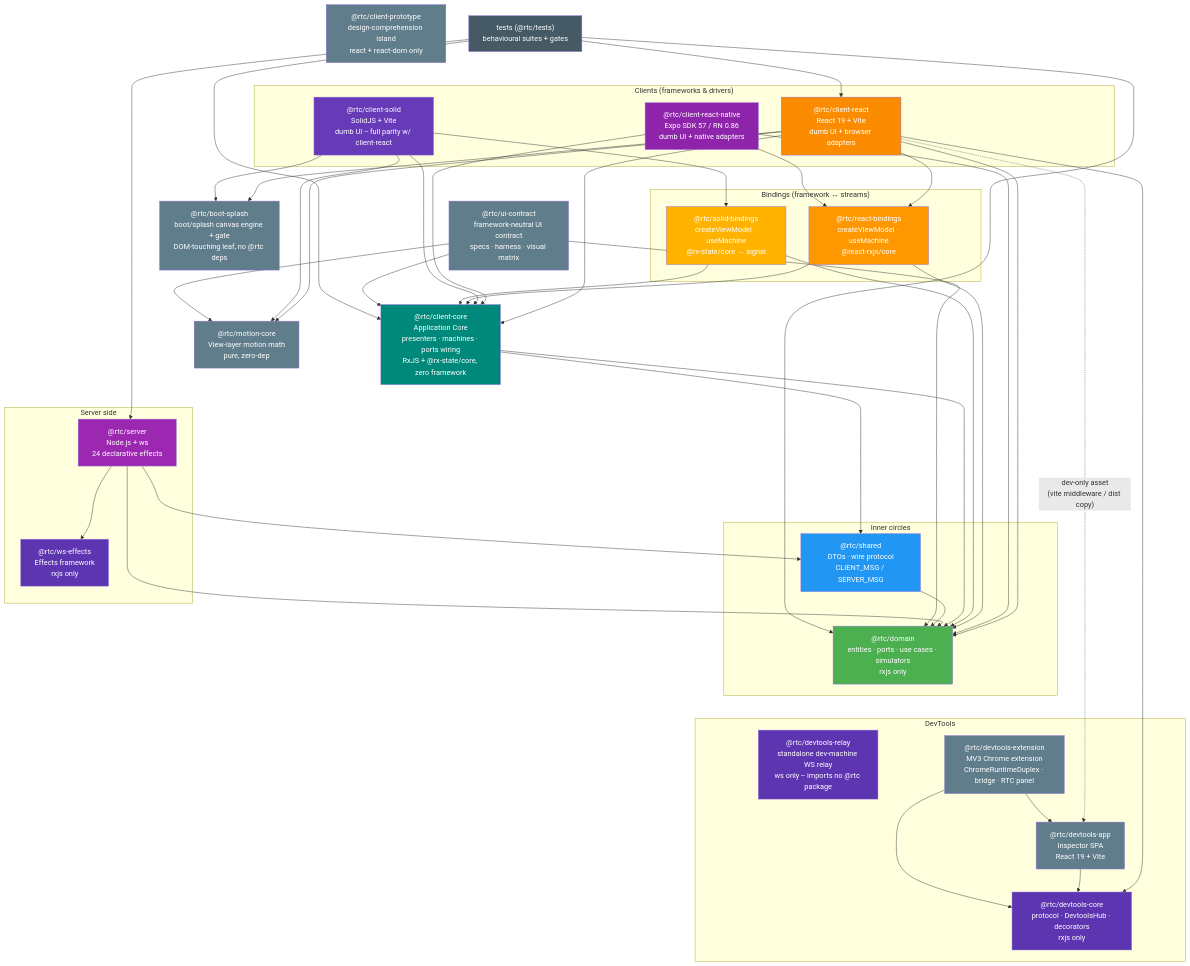
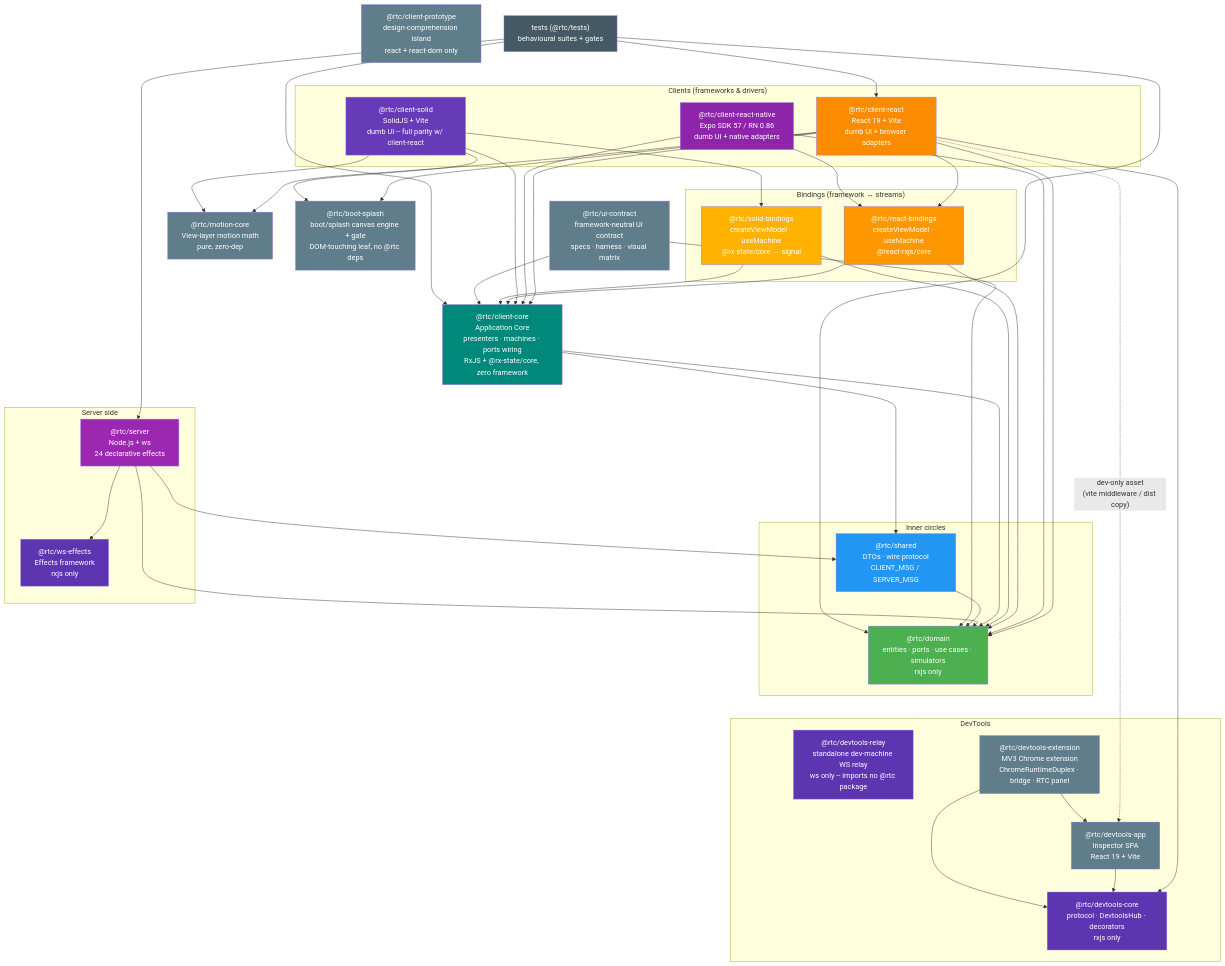
The diagram in docs/architecture/06-package-dependencies.md (bettersoftware-io/ReactiveTraderCloudClone), drawn with Mermaid before and after one commit. The commit also changed other lines of this file and 6 other files, not shown here.

```diff
--- a/docs/architecture/06-package-dependencies.md
+++ b/docs/architecture/06-package-dependencies.md
@@ -71,7 +71,6 @@
     shared --> domain
     uic --> core
     uic --> domain
-    uic --> motion
     tests --> webc
     tests --> core
     tests --> server
```
